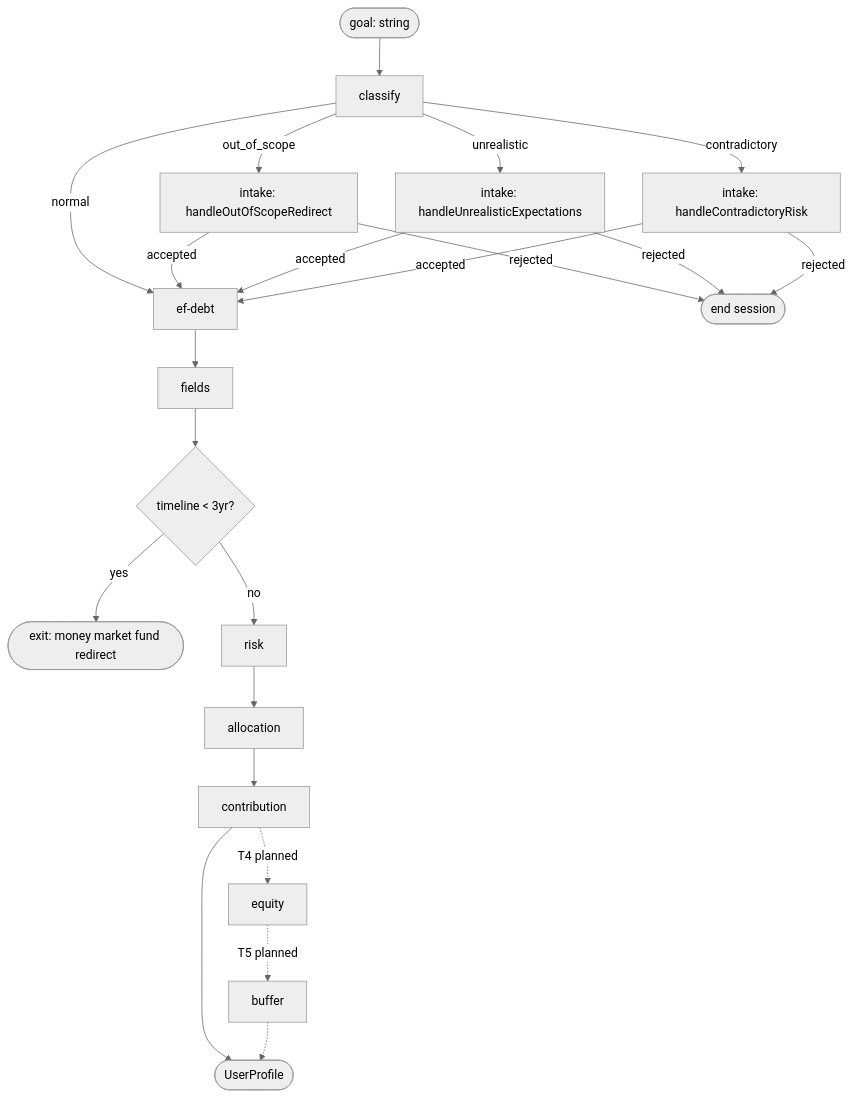
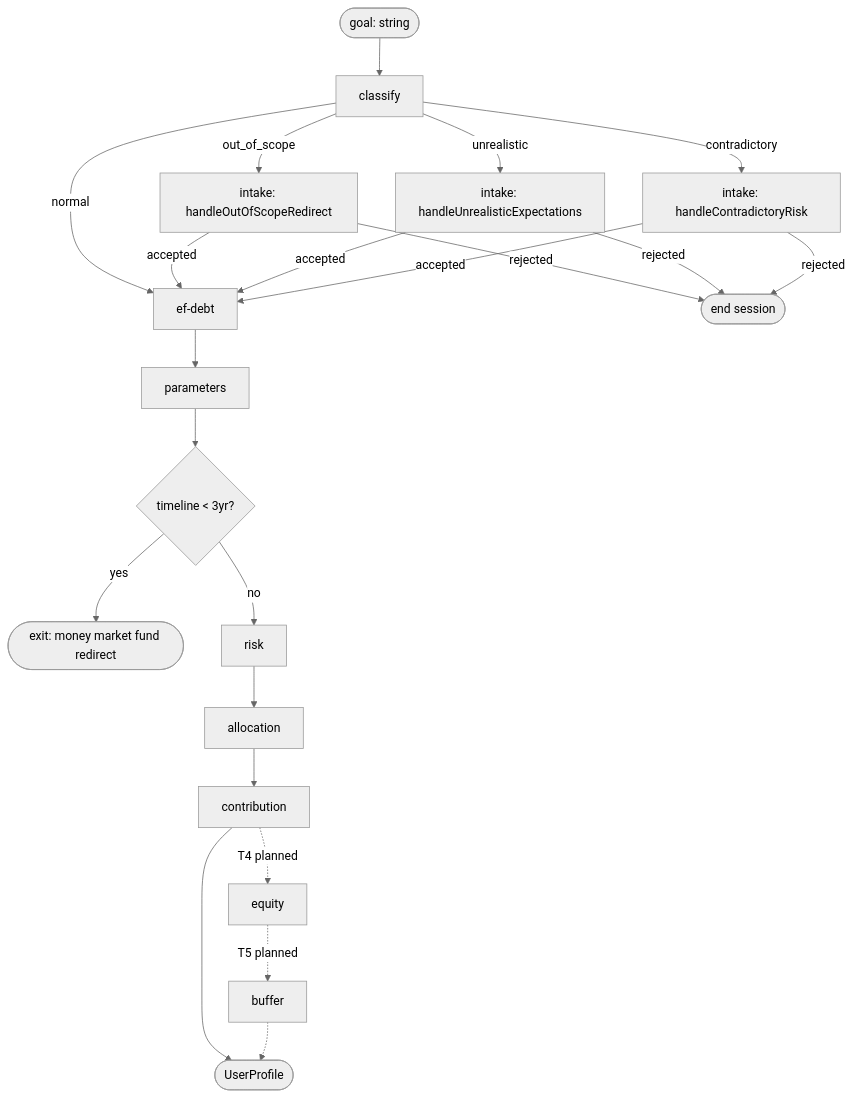
The diagram in documentation/ARCHITECTURE.md (itayg43/lazy-advisor), drawn with Mermaid (neutral theme) before and after one commit. The commit also changed other lines of this file and 4 other files, not shown here.

First line of the commit message:
docs: align documentation after T3.5 fields→parameters rename

````diff
--- a/documentation/ARCHITECTURE.md
+++ b/documentation/ARCHITECTURE.md
@@ -11,26 +11,26 @@
 ```mermaid
 flowchart TD
     Start([goal: string]) --> Classify[classify]
     Classify -->|normal| EfDebt[ef-debt]
     Classify -->|out_of_scope| OOS[intake: handleOutOfScopeRedirect]
     Classify -->|unrealistic| Unreal[intake: handleUnrealisticExpectations]
     Classify -->|contradictory| Contra[intake: handleContradictoryRisk]
 
     OOS -->|accepted| EfDebt
     OOS -->|rejected| End([end session])
     Unreal -->|accepted| EfDebt
     Unreal -->|rejected| End
     Contra -->|accepted| EfDebt
     Contra -->|rejected| End
 
-    EfDebt --> Fields[fields]
-    Fields --> ShortHorizon{timeline < 3yr?}
+    EfDebt --> Parameters[parameters]
+    Parameters --> ShortHorizon{timeline < 3yr?}
     ShortHorizon -->|yes| ExitShort([exit: money market fund redirect])
     ShortHorizon -->|no| Risk[risk]
     Risk --> Allocation[allocation]
     Allocation --> Contribution[contribution]
     Contribution --> Profile([UserProfile])
     Contribution -.->|T4 planned| Equity[equity]
     Equity -.->|T5 planned| Buffer[buffer]
     Buffer -.-> Profile
 ```
````
